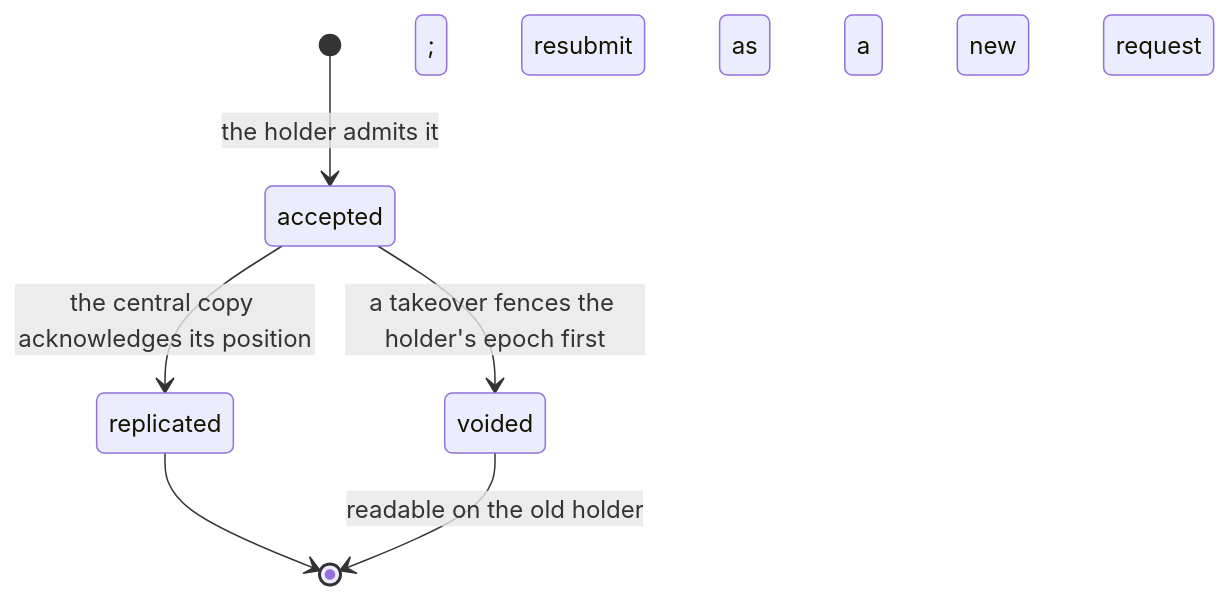
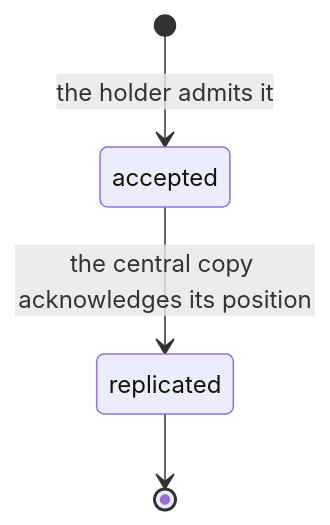
The second of 2 diagrams in docs/specs/2026-10-04-board-orchestration-design/spec-2-project-storage.md (agent-collaboration/agent-collaboration), drawn with Mermaid before and after one commit. The commit also changed other lines of this file and 13 other files, not shown here.

````diff
--- a/docs/specs/2026-10-04-board-orchestration-design/spec-2-project-storage.md
+++ b/docs/specs/2026-10-04-board-orchestration-design/spec-2-project-storage.md
@@ -38,8 +38,6 @@
 ```mermaid
 stateDiagram-v2
   [*] --> accepted: the holder admits it
   accepted --> replicated: the central copy acknowledges its position
-  accepted --> voided: a takeover fences the holder's epoch first
   replicated --> [*]
-  voided --> [*]: readable on the old holder; resubmit as a new request
 ```
````
